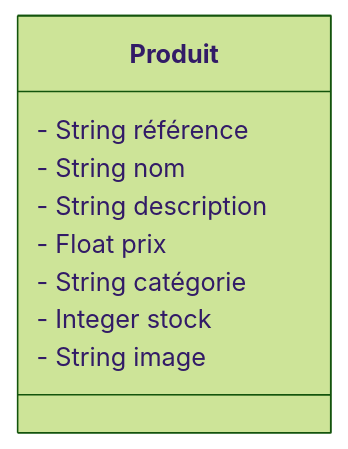
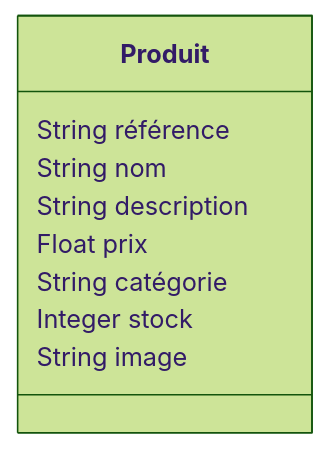
The diagram in Conception/Conception.mmd (DevZakariaAz/Projet_Produit_SAS), drawn with Mermaid (forest theme) before and after one commit. The commit also changed 3 other files, not shown here.

```diff
--- a/Conception/Conception.mmd
+++ b/Conception/Conception.mmd
@@ -1,10 +1,10 @@
 classDiagram
     class Produit {
-        - String référence
-        - String nom
-        - String description
-        - Float prix
-        - String catégorie
-        - Integer stock
-        - String image
+         String référence
+         String nom
+         String description
+         Float prix
+         String catégorie
+         Integer stock
+         String image
     }
```
